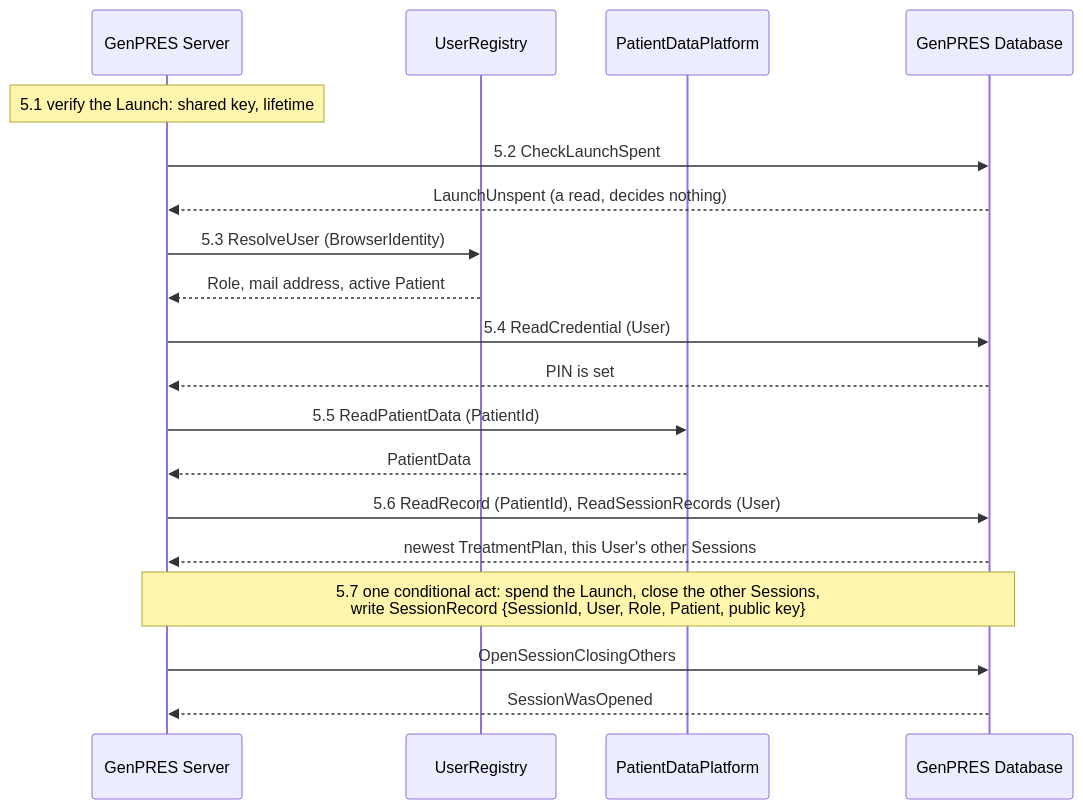
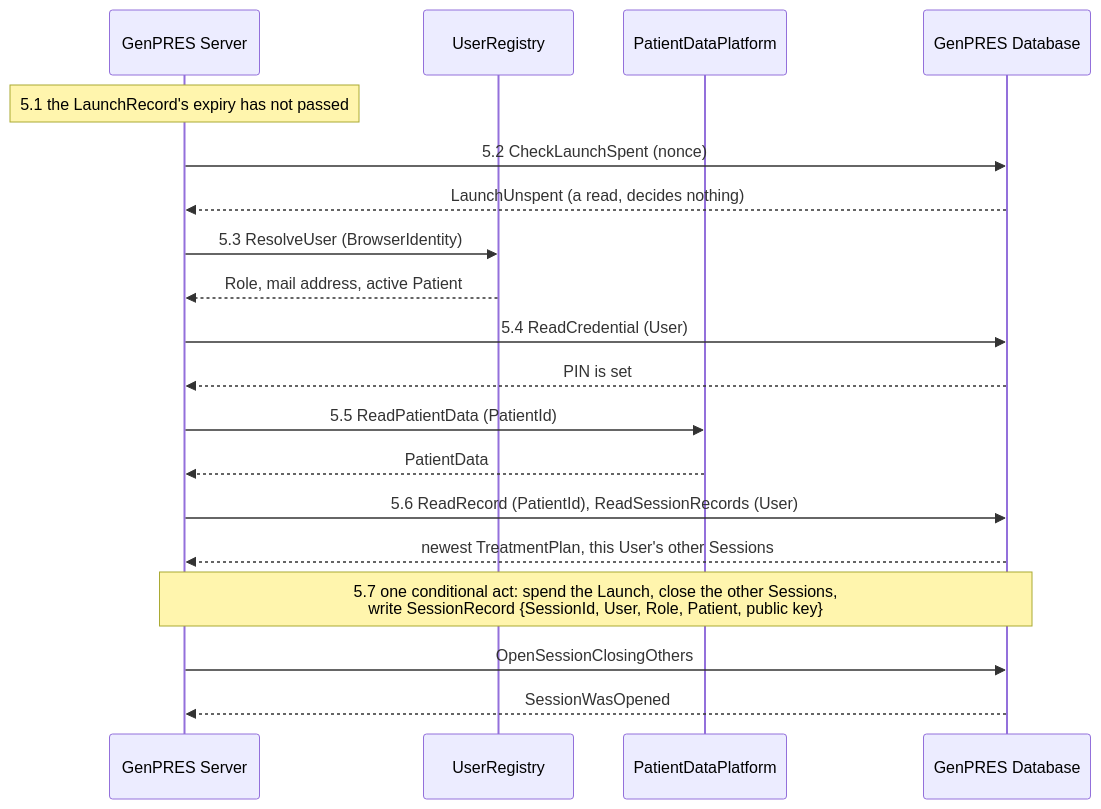
Before and after one commit to informedica/GenPRES: the third of 4 diagrams in docs/scenarios/integration/uc-01-launch.md, drawn with Mermaid. The commit also changed other lines of this file and 1 other file, not shown here.

First line of the commit message:
docs(client): store the Launch's contents, not the Launch

````diff
--- a/docs/scenarios/integration/uc-01-launch.md
+++ b/docs/scenarios/integration/uc-01-launch.md
@@ -101,22 +111,22 @@
 ```mermaid
 sequenceDiagram
     participant S as GenPRES Server
     participant R as UserRegistry
     participant P as PatientDataPlatform
     participant D as GenPRES Database
 
-    Note over S: 5.1 verify the Launch: shared key, lifetime
-    S->>D: 5.2 CheckLaunchSpent
+    Note over S: 5.1 the LaunchRecord's expiry has not passed
+    S->>D: 5.2 CheckLaunchSpent (nonce)
     D-->>S: LaunchUnspent (a read, decides nothing)
     S->>R: 5.3 ResolveUser (BrowserIdentity)
     R-->>S: Role, mail address, active Patient
     S->>D: 5.4 ReadCredential (User)
     D-->>S: PIN is set
     S->>P: 5.5 ReadPatientData (PatientId)
     P-->>S: PatientData
     S->>D: 5.6 ReadRecord (PatientId), ReadSessionRecords (User)
     D-->>S: newest TreatmentPlan, this User's other Sessions
     Note over S,D: 5.7 one conditional act: spend the Launch, close the other Sessions,<br/>write SessionRecord {SessionId, User, Role, Patient, public key}
     S->>D: OpenSessionClosingOthers
     D-->>S: SessionWasOpened
 ```
````
